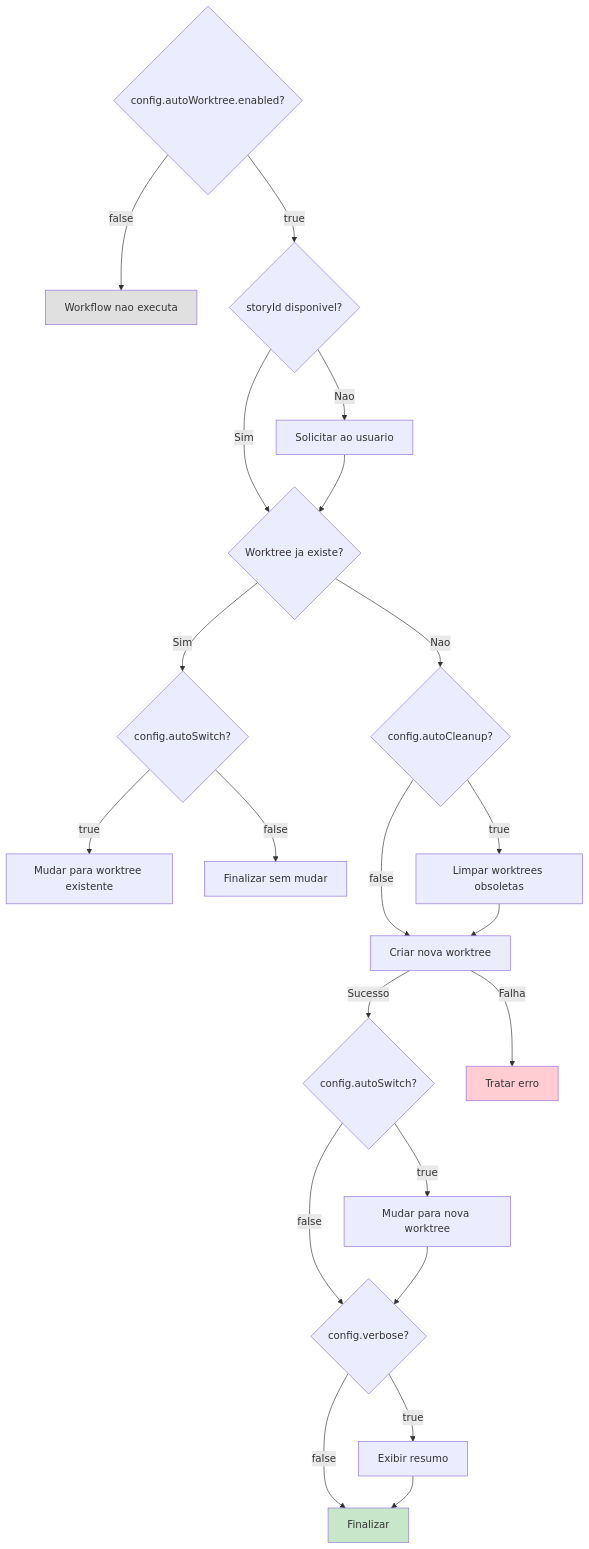
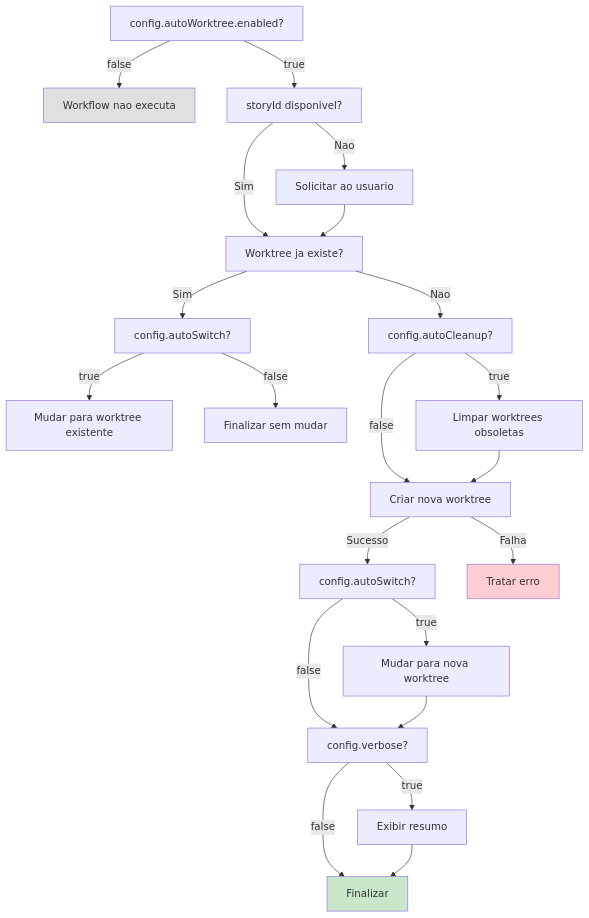
The fourth of 5 diagrams in content/en/docs/guides/workflows/AUTO-WORKTREE-WORKFLOW.mdx (bychrisr/aios-docs), drawn with Mermaid before and after one commit. The commit also changed other lines of this file and 40 other files, not shown here.

````diff
--- a/content/en/docs/guides/workflows/AUTO-WORKTREE-WORKFLOW.mdx
+++ b/content/en/docs/guides/workflows/AUTO-WORKTREE-WORKFLOW.mdx
@@ -534,41 +534,41 @@
 ```mermaid
 flowchart TD
-    D1{config.autoWorktree.enabled?}
+    D1[config.autoWorktree.enabled?]
     D1 -->|false| SKIP[Workflow nao executa]
     D1 -->|true| D2
 
-    D2{storyId disponivel?}
+    D2[storyId disponivel?]
     D2 -->|Nao| PROMPT[Solicitar ao usuario]
     D2 -->|Sim| D3
     PROMPT --> D3
 
-    D3{Worktree ja existe?}
+    D3[Worktree ja existe?]
     D3 -->|Sim| D4
     D3 -->|Nao| D5
 
-    D4{config.autoSwitch?}
+    D4[config.autoSwitch?]
     D4 -->|true| SWITCH[Mudar para worktree existente]
     D4 -->|false| DONE[Finalizar sem mudar]
 
-    D5{config.autoCleanup?}
+    D5[config.autoCleanup?]
     D5 -->|true| CLEANUP[Limpar worktrees obsoletas]
     D5 -->|false| CREATE
     CLEANUP --> CREATE[Criar nova worktree]
 
     CREATE -->|Sucesso| D6
     CREATE -->|Falha| ERROR[Tratar erro]
 
-    D6{config.autoSwitch?}
+    D6[config.autoSwitch?]
     D6 -->|true| SWITCH2[Mudar para nova worktree]
     D6 -->|false| D7
     SWITCH2 --> D7
 
-    D7{config.verbose?}
+    D7[config.verbose?]
     D7 -->|true| SUMMARY[Exibir resumo]
     D7 -->|false| FINISH[Finalizar]
     SUMMARY --> FINISH
 
     style SKIP fill:#e0e0e0
     style ERROR fill:#ffcdd2
     style FINISH fill:#c8e6c9
 ```
````
